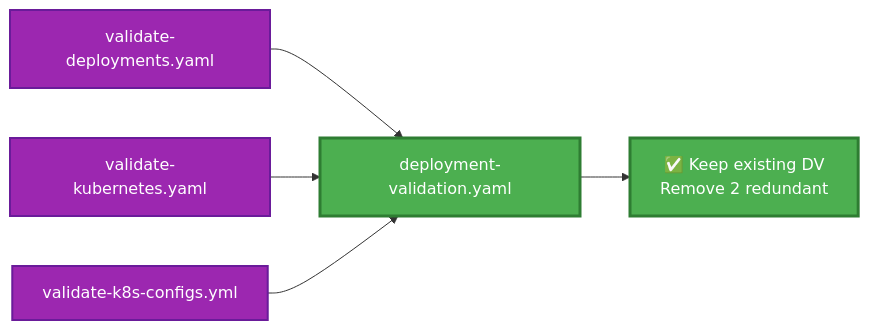
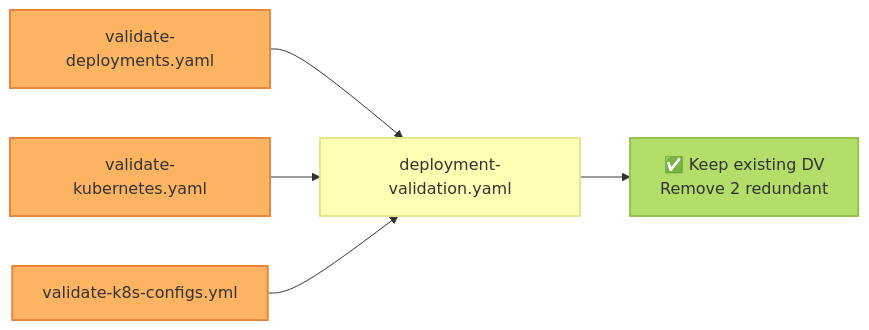
One commit to vishnu2kmohan/mcp-server-langgraph changed diagram 12 of 12 in docs/development/workflow-diagram.mdx. Above: the diagram before and after it, drawn with Mermaid. The commit also changed other lines of this file and 201 other files, not shown here.

````diff
--- a/docs/development/workflow-diagram.mdx
+++ b/docs/development/workflow-diagram.mdx
@@ -495,13 +557,16 @@
 ```mermaid
-graph LR
+%% ColorBrewer2 Set3 palette - each component type uniquely colored
+flowchart LR
     VD[validate-deployments.yaml] --> Combined[deployment-validation.yaml]
     VK8s[validate-kubernetes.yaml] --> Combined
     VK8sC[validate-k8s-configs.yml] --> Combined
     Combined --> Complete[✅ Keep existing DV<br/>Remove 2 redundant]
 
-    classDef current fill:#9C27B0,stroke:#6A1B9A,stroke-width:2px,color:#fff
-    classDef proposed fill:#4CAF50,stroke:#2E7D32,stroke-width:3px,color:#fff
+    classDef validationStyle fill:#fdb462,stroke:#e8873f,stroke-width:2px,color:#333
+    classDef successStyle fill:#b3de69,stroke:#97c24f,stroke-width:2px,color:#333
+    classDef secondaryStyle fill:#ffffb3,stroke:#e6e68a,stroke-width:2px,color:#333
 
-    class VD,VK8s,VK8sC current
-    class Combined,Complete proposed
+    class VD,VK8s,VK8sC validationStyle
+    class Complete successStyle
+    class Combined secondaryStyle
 ```
````
